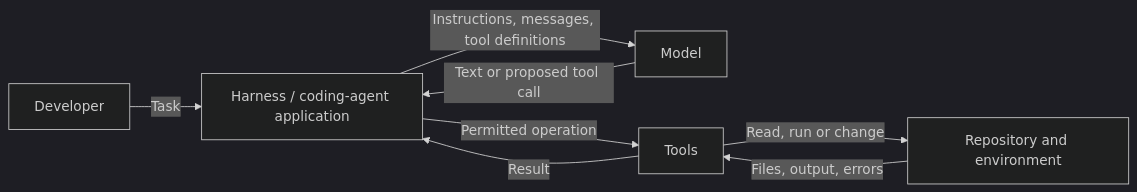
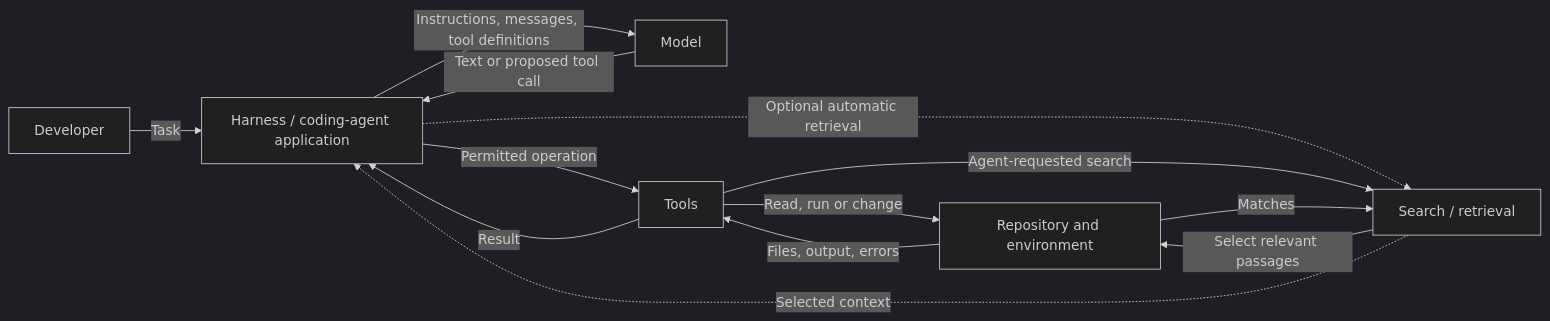
The diagram in content/articles/inside-coding-agent.md (ho-henry-senior/ai-wiki), drawn with Mermaid (dark theme) before and after one commit. The commit also changed other lines of this file, not shown here.

Commit message:
docs: explain repository context retrieval in agent architecture

````diff
--- a/content/articles/inside-coding-agent.md
+++ b/content/articles/inside-coding-agent.md
@@ -29,10 +29,15 @@
 ```mermaid
 flowchart LR
     U["Developer"] -->|"Task"| H["Harness / coding-agent application"]
     H -->|"Instructions, messages, tool definitions"| M["Model"]
     M -->|"Text or proposed tool call"| H
     H -->|"Permitted operation"| T["Tools"]
     T -->|"Read, run or change"| E["Repository and environment"]
     E -->|"Files, output, errors"| T
     T -->|"Result"| H
+    H -.->|"Optional automatic retrieval"| S["Search / retrieval"]
+    T -->|"Agent-requested search"| S
+    S -->|"Select relevant passages"| E
+    E -->|"Matches"| S
+    S -.->|"Selected context"| H
 ```
````
